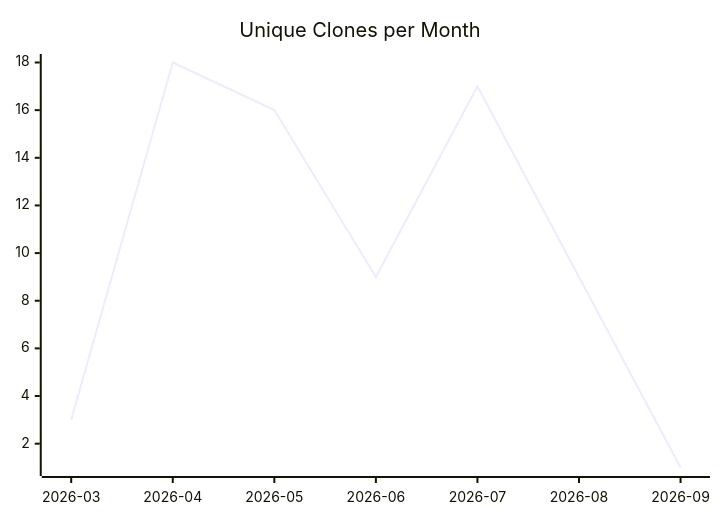
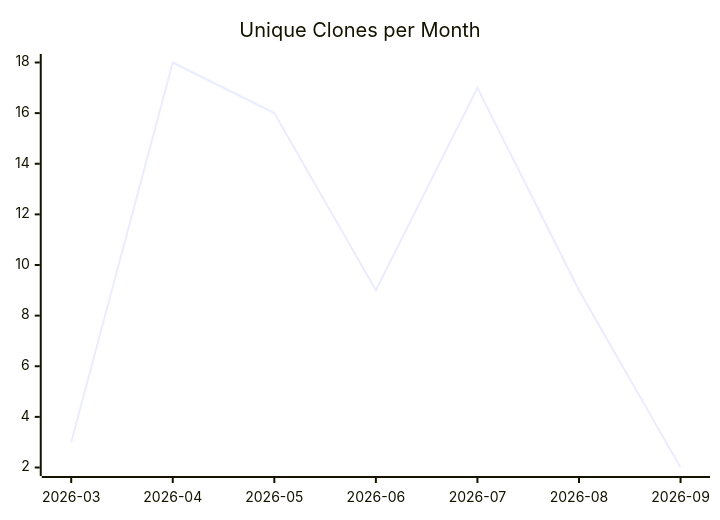
The third of 3 diagrams in karlmdavis/jessentials/README.md (justdavis-family/github-analytics-data), drawn with Mermaid before and after one commit. The commit also changed other lines of this file and 191 other files, not shown here.

````diff
--- a/karlmdavis/jessentials/README.md
+++ b/karlmdavis/jessentials/README.md
@@ -19,6 +19,6 @@
 ```mermaid
 xychart-beta
   title "Unique Clones per Month"
   x-axis ["2026-03", "2026-04", "2026-05", "2026-06", "2026-07", "2026-08", "2026-09"]
-  line [3, 18, 16, 9, 17, 9, 1]
+  line [3, 18, 16, 9, 17, 9, 2]
 ```
````
